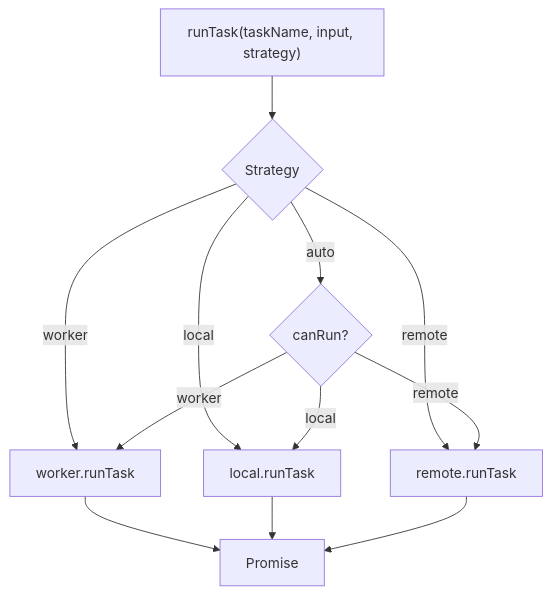
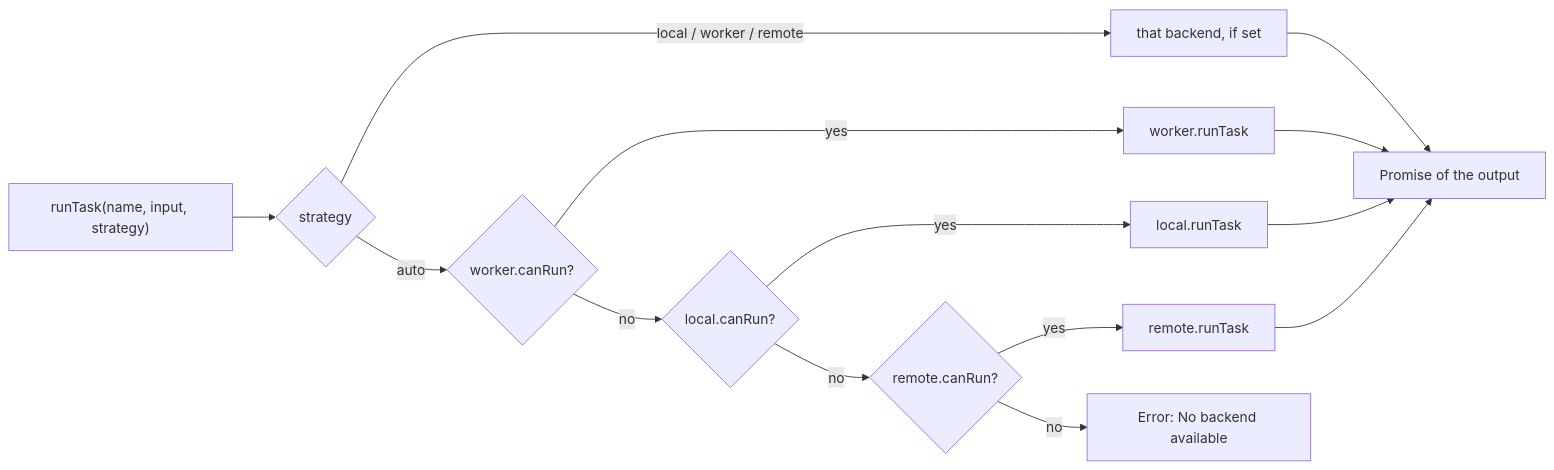
One commit to phun-ky/hybrid-compute changed the second of 4 diagrams in README.md. Above: the diagram before and after it, drawn with Mermaid. The commit also changed other lines of this file and 8 other files, not shown here.

First line of the commit message:
docs: ✏️ redraw the diagrams correctly, as shared inline SVG

````diff
--- a/README.md
+++ b/README.md
@@ -400,13 +405,16 @@
 ```mermaid
-flowchart TD
-  A["runTask(taskName, input, strategy)"] --> B{Strategy}
-  B -->|local| C[local.runTask]
-  B -->|worker| D[worker.runTask]
-  B -->|remote| E[remote.runTask]
-  B -->|auto| F{canRun?}
-
-  F -->|worker| D
-  F -->|local| C
-  F -->|remote| E
-  D & C & E --> G[Promise<Output>]
+flowchart LR
+  App["runTask(name, input, strategy)"] --> S{strategy}
+  S -->|"local / worker / remote"| Direct["that backend, if set"]
+  S -->|auto| W{"worker.canRun?"}
+  W -->|yes| WR[worker.runTask]
+  W -->|no| L{"local.canRun?"}
+  L -->|yes| LR[local.runTask]
+  L -->|no| R{"remote.canRun?"}
+  R -->|yes| RR[remote.runTask]
+  R -->|no| E["Error: No backend available"]
+  Direct --> P["Promise of the output"]
+  WR --> P
+  LR --> P
+  RR --> P
 ```
````
